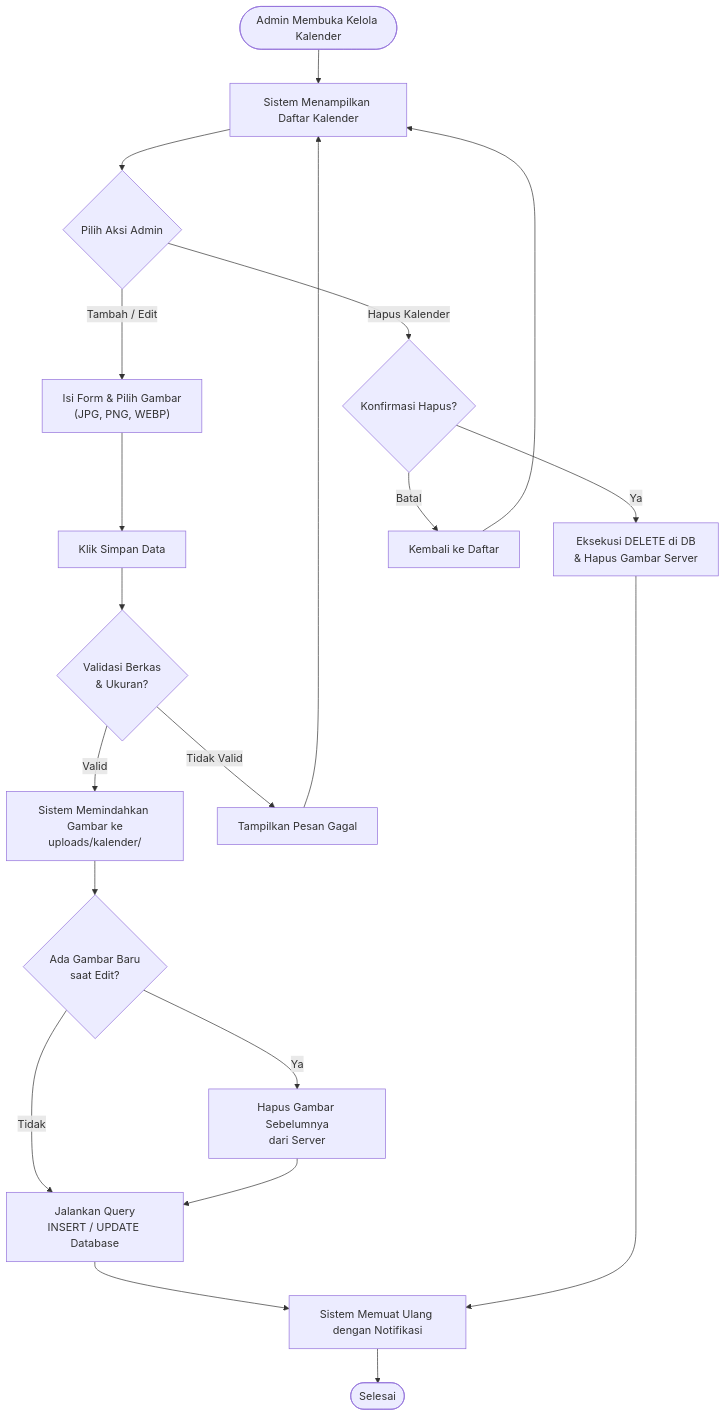
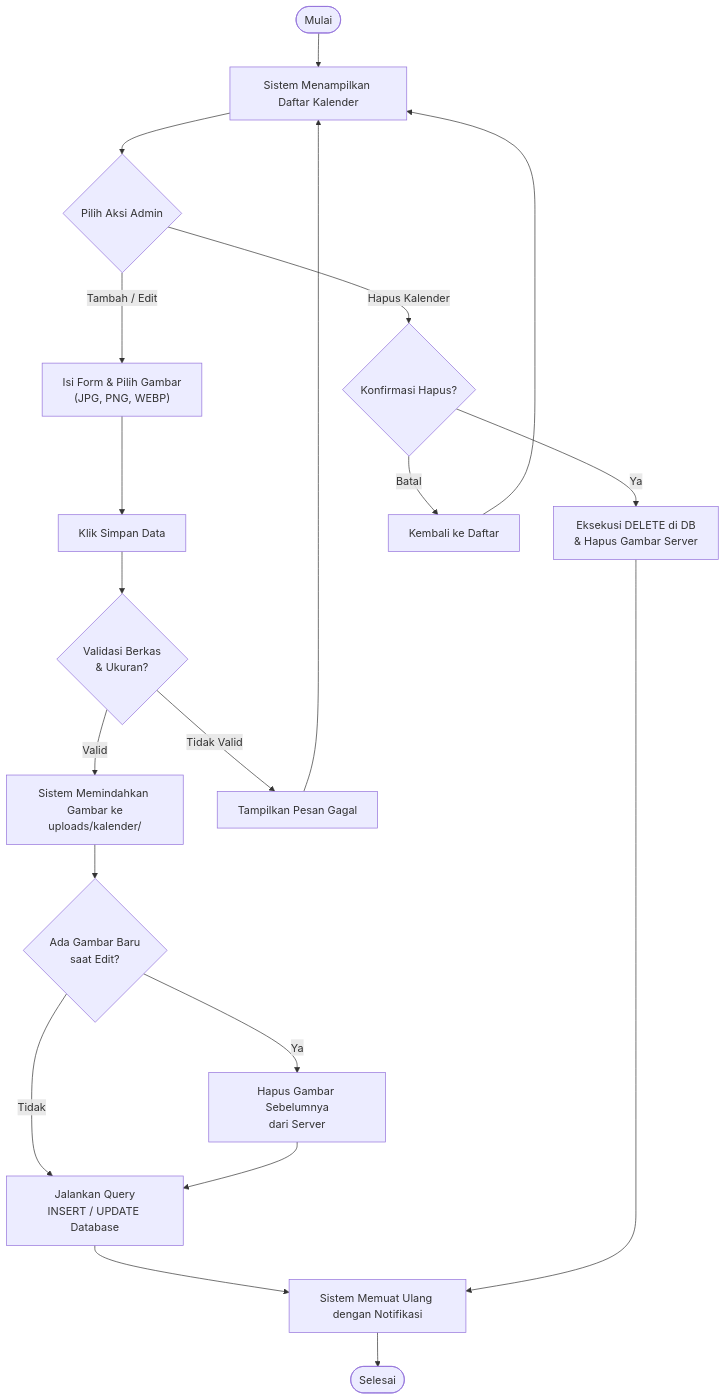
The second of 3 diagrams in docs/activity_diagram_akademik_organisasi.md (arbain-dev/Web_fikom), drawn with Mermaid before and after one commit. The commit also changed other lines of this file and 7 other files, not shown here.

Commit message:
docs: standarisasi semua awal flowchart diagram menjadi 'Mulai'

````diff
--- a/docs/activity_diagram_akademik_organisasi.md
+++ b/docs/activity_diagram_akademik_organisasi.md
@@ -63,30 +63,30 @@
 ```mermaid
 flowchart TD
-    Start([Admin Membuka Kelola Kalender]) --> ShowTable["Sistem Menampilkan Daftar Kalender"]
+    Mulai([Mulai]) --> ShowTable["Sistem Menampilkan Daftar Kalender"]
     
     ShowTable --> Action{"Pilih Aksi Admin"}
     
     Action -- "Tambah / Edit" --> InputForm["Isi Form & Pilih Gambar<br>(JPG, PNG, WEBP)"]
     InputForm --> SubmitForm["Klik Simpan Data"]
     SubmitForm --> ValidateImg{"Validasi Berkas<br>& Ukuran?"}
     
     ValidateImg -- "Valid" --> MoveImg["Sistem Memindahkan Gambar ke<br>uploads/kalender/"]
     MoveImg --> CheckOldImg{"Ada Gambar Baru<br>saat Edit?"}
     
     CheckOldImg -- "Ya" --> DelOldImg["Hapus Gambar Sebelumnya<br>dari Server"]
     CheckOldImg -- "Tidak" --> ExecuteDB["Jalankan Query<br>INSERT / UPDATE Database"]
     DelOldImg --> ExecuteDB
     
     ValidateImg -- "Tidak Valid" --> ErrorNotice["Tampilkan Pesan Gagal"]
     
     Action -- "Hapus Kalender" --> ConfirmDel{"Konfirmasi Hapus?"}
     ConfirmDel -- "Ya" --> ExecDel["Eksekusi DELETE di DB<br>& Hapus Gambar Server"]
     ConfirmDel -- "Batal" --> Cancel["Kembali ke Daftar"]
     
     ExecuteDB --> Reload["Sistem Memuat Ulang dengan Notifikasi"]
     ExecDel --> Reload
     ErrorNotice --> ShowTable
     Cancel --> ShowTable
     
     Reload --> End([Selesai])
 ```
````
